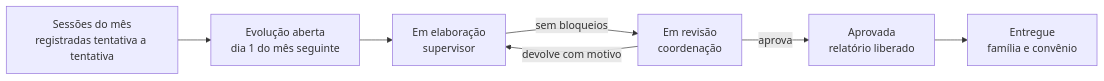
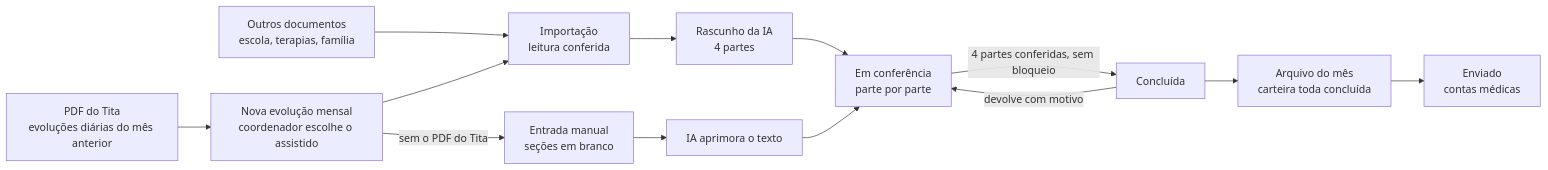
One commit to MarketingIDA/ida-aba changed the diagram in docs/escopo/01-dominio.md. Above: the diagram before and after it, drawn with Mermaid. The commit also changed other lines of this file and 122 other files, not shown here.

First line of the commit message:
feat: fundação do sistema com login e tela Evoluções do mês (#1)

````diff
--- a/docs/escopo/01-dominio.md
+++ b/docs/escopo/01-dominio.md
@@ -38,9 +53,15 @@
 ```mermaid
 flowchart LR
-  S[Sessões do mês<br/>registradas tentativa a tentativa] --> A[Evolução aberta<br/>dia 1 do mês seguinte]
-  A --> E[Em elaboração<br/>supervisor]
-  E -- sem bloqueios --> R[Em revisão<br/>coordenação]
-  R -- devolve com motivo --> E
-  R -- aprova --> AP[Aprovada<br/>relatório liberado]
-  AP --> EN[Entregue<br/>família e convênio]
+  T[PDF do Tita<br/>evoluções diárias do mês anterior] --> N[Nova evolução mensal<br/>coordenador escolhe o assistido]
+  D[Outros documentos<br/>escola, terapias, família] --> I
+  N --> I[Importação<br/>leitura conferida]
+  I --> R[Rascunho da IA<br/>4 partes]
+  N -- sem o PDF do Tita --> W[Entrada manual<br/>seções em branco]
+  W --> P[IA aprimora o texto]
+  R --> C[Em conferência<br/>parte por parte]
+  P --> C
+  C -- 4 partes conferidas, sem bloqueio --> K[Concluída]
+  K -- devolve com motivo --> C
+  K --> M[Arquivo do mês<br/>carteira toda concluída]
+  M --> E[Enviado<br/>contas médicas]
 ```
````
